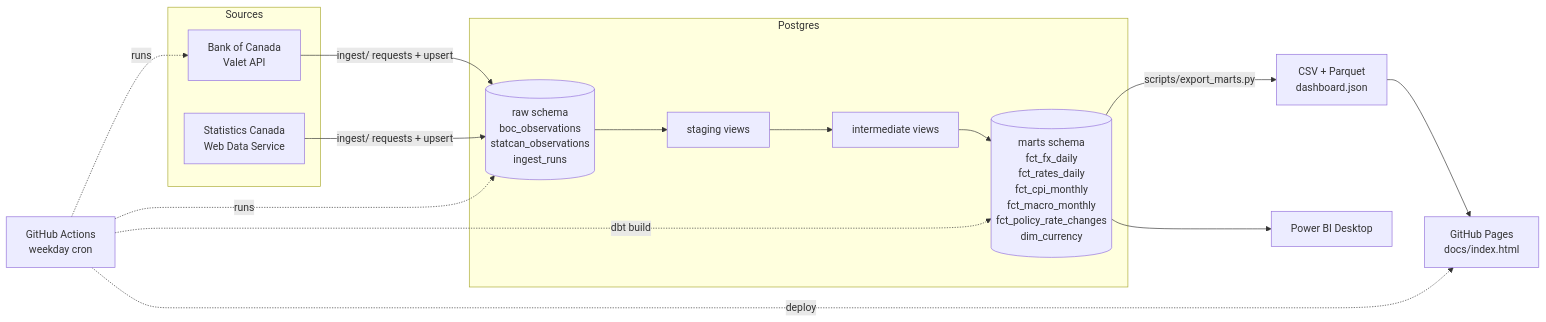
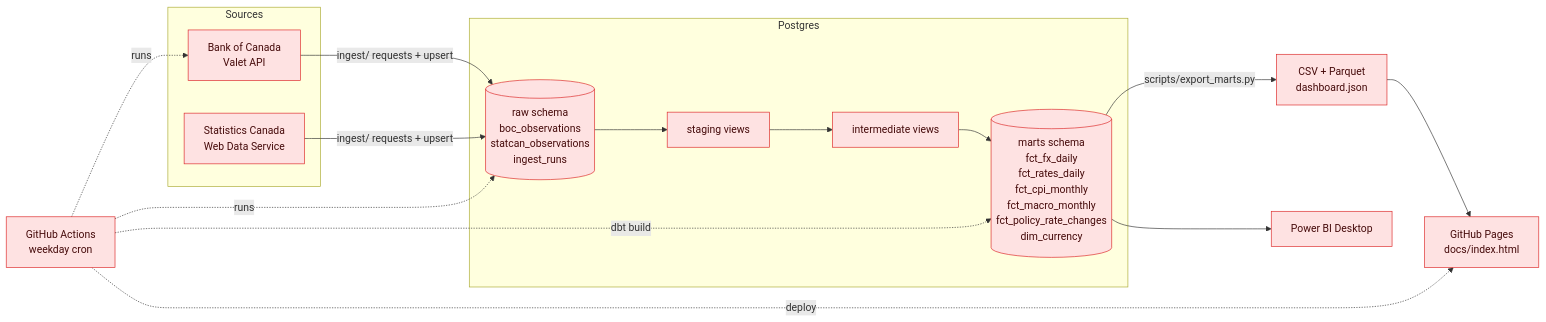
One commit to Mayank-thite/canada-econ-pipeline changed the diagram in README.md. Above: the diagram before and after it, drawn with Mermaid. The commit also changed other lines of this file and 1 other file, not shown here.

Commit message:
Restyle README: banner, badges, callouts, colored diagrams, collapsible technical sections

````diff
--- a/README.md
+++ b/README.md
@@ -59,23 +82,24 @@
 ```mermaid
 flowchart LR
     subgraph Sources
         BOC[Bank of Canada<br/>Valet API]
         SC[Statistics Canada<br/>Web Data Service]
     end
     subgraph Postgres
         RAW[(raw schema<br/>boc_observations<br/>statcan_observations<br/>ingest_runs)]
         STG[staging views]
         INT[intermediate views]
         MARTS[(marts schema<br/>fct_fx_daily<br/>fct_rates_daily<br/>fct_cpi_monthly<br/>fct_macro_monthly<br/>fct_policy_rate_changes<br/>dim_currency)]
     end
     BOC -->|ingest/ requests + upsert| RAW
     SC -->|ingest/ requests + upsert| RAW
     RAW --> STG --> INT --> MARTS
     MARTS -->|scripts/export_marts.py| FILES[CSV + Parquet<br/>dashboard.json]
     FILES --> PAGES[GitHub Pages<br/>docs/index.html]
     MARTS --> PBI[Power BI Desktop]
     GHA[GitHub Actions<br/>weekday cron] -.runs.-> BOC
     GHA -.runs.-> RAW
     GHA -.dbt build.-> MARTS
     GHA -.deploy.-> PAGES
+classDef default fill:#fee2e2,stroke:#dc2626,color:#450a0a
 ```
````
